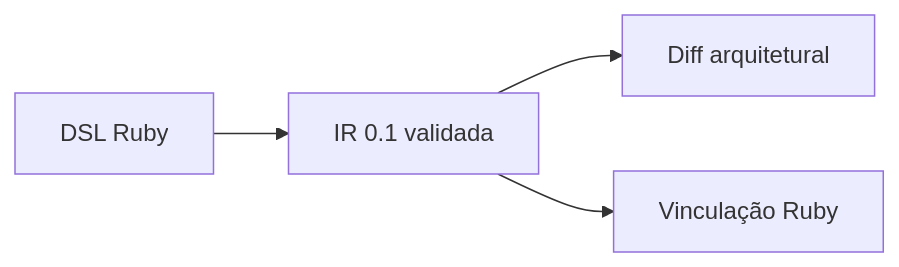
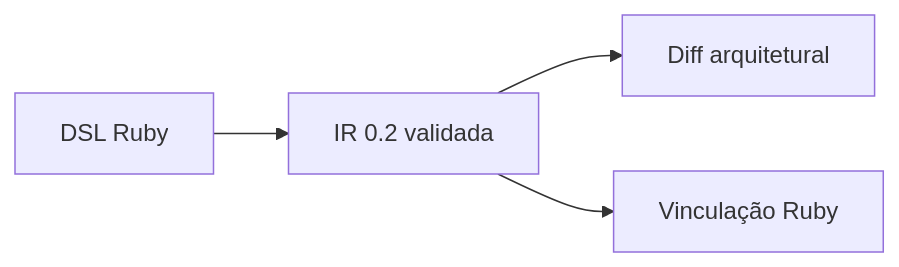
Before and after one commit to vetra-framework/vetra: the diagram in README.md, drawn with Mermaid. The commit also changed other lines of this file and 27 other files, not shown here.

````diff
--- a/README.md
+++ b/README.md
@@ -28,6 +28,6 @@
 ```mermaid
 flowchart LR
-    A["DSL Ruby"] --> B["IR 0.1 validada"]
+    A["DSL Ruby"] --> B["IR 0.2 validada"]
     B --> C["Diff arquitetural"]
     B --> D["Vinculação Ruby"]
 ```
````
